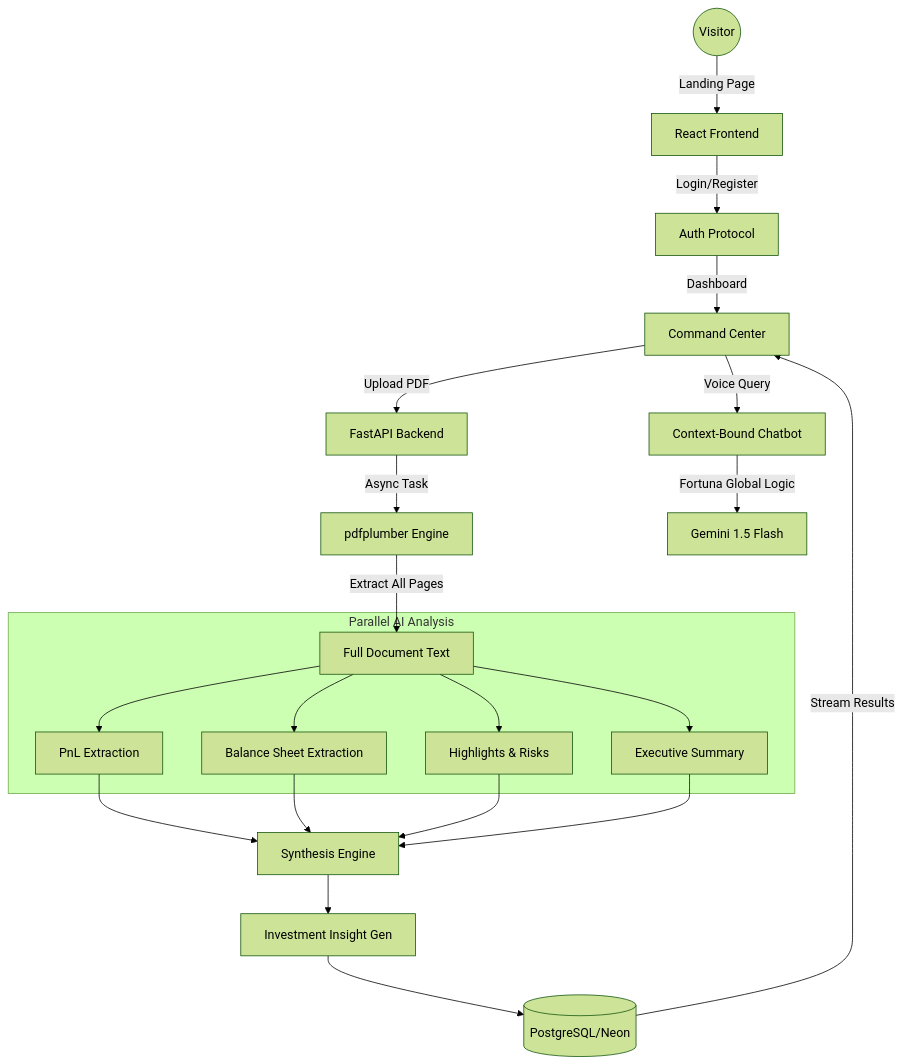
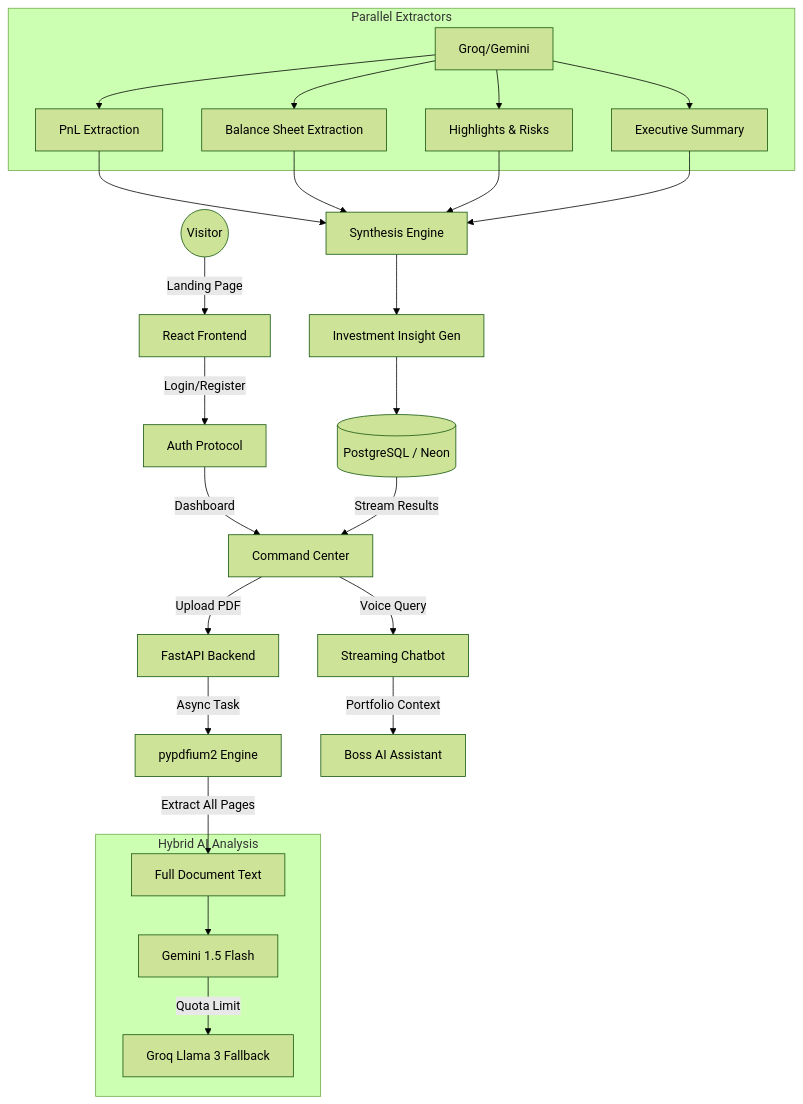
Before and after one commit to debjitghosal/finsight-ai: the diagram in README.md, drawn with Mermaid (forest theme). The commit also changed other lines of this file, not shown here.

Commit message:
docs: update README with hybrid AI architecture and CI/CD details

````diff
--- a/README.md
+++ b/README.md
@@ -22,25 +26,30 @@
 ```mermaid
 graph TD
     Visitor((Visitor)) -->|Landing Page| UI[React Frontend]
     UI -->|Login/Register| Auth[Auth Protocol]
     Auth -->|Dashboard| Console[Command Center]
     
     Console -->|Upload PDF| API[FastAPI Backend]
-    API -->|Async Task| PDF[pdfplumber Engine]
+    API -->|Async Task| PDF[pypdfium2 Engine]
     PDF -->|Extract All Pages| Text[Full Document Text]
     
-    subgraph Parallel AI Analysis
-        Text --> PnL[PnL Extraction]
-        Text --> BS[Balance Sheet Extraction]
-        Text --> High[Highlights & Risks]
-        Text --> Sum[Executive Summary]
+    subgraph Hybrid AI Analysis
+        Text --> Gemini[Gemini 1.5 Flash]
+        Gemini -->|Quota Limit| Groq[Groq Llama 3 Fallback]
+    end
+    
+    subgraph Parallel Extractors
+        Groq/Gemini --> PnL[PnL Extraction]
+        Groq/Gemini --> BS[Balance Sheet Extraction]
+        Groq/Gemini --> High[Highlights & Risks]
+        Groq/Gemini --> Sum[Executive Summary]
     end
     
     PnL & BS & High & Sum --> Merge[Synthesis Engine]
     Merge --> Insights[Investment Insight Gen]
-    Insights --> DB[(PostgreSQL/Neon)]
+    Insights --> DB[(PostgreSQL / Neon)]
     
     DB -->|Stream Results| Console
-    Console -->|Voice Query| Chat[Context-Bound Chatbot]
-    Chat -->|Fortuna Global Logic| Gemini[Gemini 1.5 Flash]
+    Console -->|Voice Query| Chat[Streaming Chatbot]
+    Chat -->|Portfolio Context| BossAI[Boss AI Assistant]
 ```
````
